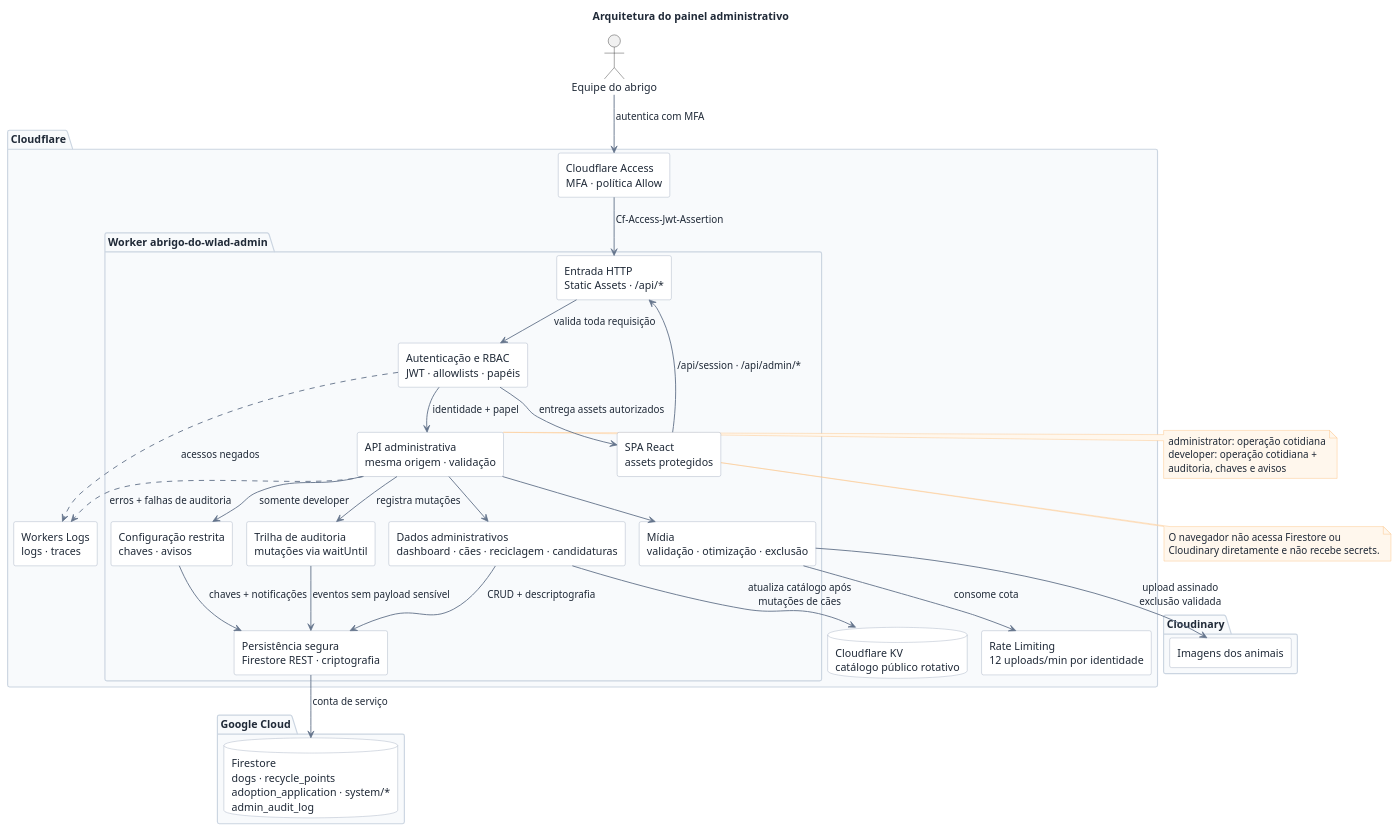
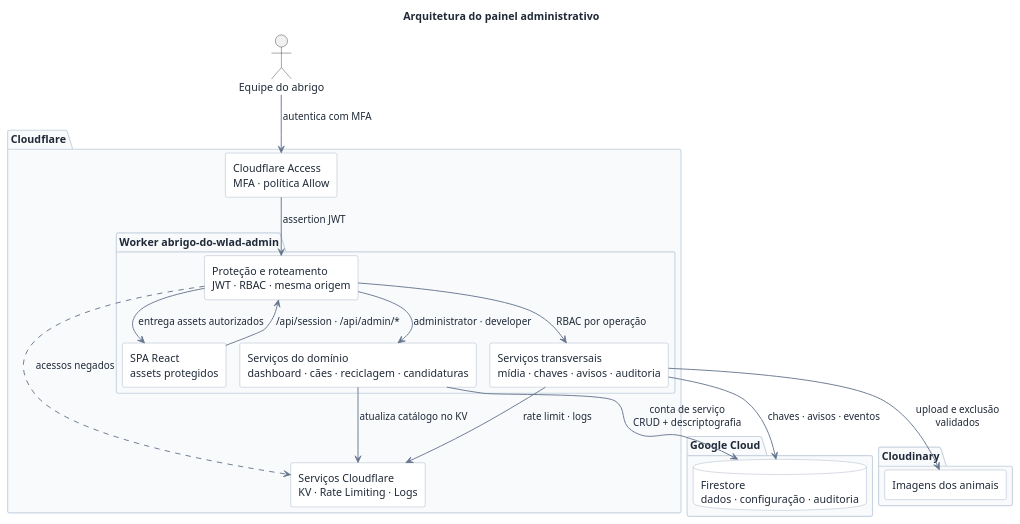
The diagram in docs/admin-architecture.puml (spantalho/abrigo-do-wlad), drawn with PlantUML before and after one commit. The commit also changed 9 other files, not shown here.

First line of the commit message:
Add diagram rendering checks and scripts

```diff
--- a/docs/admin-architecture.puml
+++ b/docs/admin-architecture.puml
@@ -1,86 +1,56 @@
 @startuml
 !pragma layout smetana
 title Arquitetura do painel administrativo
 
 skinparam backgroundColor #FFFFFF
 skinparam shadowing false
 skinparam componentStyle rectangle
 skinparam defaultFontName Arial
 skinparam defaultFontColor #1F2937
 skinparam ArrowColor #64748B
 skinparam ArrowThickness 1.2
 skinparam packageBorderColor #CBD5E1
 skinparam packageBackgroundColor #F8FAFC
 skinparam componentBorderColor #94A3B8
 skinparam componentBackgroundColor #FFFFFF
 skinparam databaseBorderColor #94A3B8
 skinparam databaseBackgroundColor #FFFFFF
-skinparam noteBorderColor #FDBA74
-skinparam noteBackgroundColor #FFF7ED
 
 actor "Equipe do abrigo" as staff
 
 package "Cloudflare" as cloudflare {
   component "Cloudflare Access\nMFA · política Allow" as access
 
   package "Worker abrigo-do-wlad-admin" as admin_worker {
-    component "Entrada HTTP\nStatic Assets · /api/*" as ingress
-    component "Autenticação e RBAC\nJWT · allowlists · papéis" as auth
+    component "Proteção e roteamento\nJWT · RBAC · mesma origem" as gateway
     component "SPA React\nassets protegidos" as spa
-    component "API administrativa\nmesma origem · validação" as api
-
-    component "Dados administrativos\ndashboard · cães · reciclagem · candidaturas" as data_service
-    component "Configuração restrita\nchaves · avisos" as developer_service
-    component "Mídia\nvalidação · otimização · exclusão" as media_service
-    component "Trilha de auditoria\nmutações via waitUntil" as audit_service
-    component "Persistência segura\nFirestore REST · criptografia" as persistence
+    component "Serviços do domínio\ndashboard · cães · reciclagem · candidaturas" as domain
+    component "Serviços transversais\nmídia · chaves · avisos · auditoria" as support
   }
 
-  component "Rate Limiting\n12 uploads/min por identidade" as upload_limit
-  database "Cloudflare KV\ncatálogo público rotativo" as kv
-  component "Workers Logs\nlogs · traces" as logs
+  component "Serviços Cloudflare\nKV · Rate Limiting · Logs" as platform
 }
 
 package "Google Cloud" as google {
-  database "Firestore\ndogs · recycle_points\nadoption_application · system/*\nadmin_audit_log" as firestore
+  database "Firestore\ndados · configuração · auditoria" as firestore
 }
 
 package "Cloudinary" as cloudinary {
   component "Imagens dos animais" as images
 }
 
 staff --> access : autentica com MFA
-access --> ingress : Cf-Access-Jwt-Assertion
-ingress --> auth : valida toda requisição
-auth --> spa : entrega assets autorizados
-spa --> ingress : /api/session · /api/admin/*
-auth --> api : identidade + papel
+access --> gateway : assertion JWT
+gateway --> spa : entrega assets autorizados
+spa --> gateway : /api/session · /api/admin/*
+gateway --> domain : administrator · developer
+gateway --> support : RBAC por operação
 
-api --> data_service
-api --> developer_service : somente developer
-api --> media_service
-api --> audit_service : registra mutações
-
-data_service --> persistence : CRUD + descriptografia
-developer_service --> persistence : chaves + notificações
-audit_service --> persistence : eventos sem payload sensível
-persistence --> firestore : conta de serviço
-media_service --> upload_limit : consome cota
-media_service --> images : upload assinado\nexclusão validada
-data_service --> kv : atualiza catálogo após\nmutações de cães
-
-auth ..> logs : acessos negados
-api ..> logs : erros + falhas de auditoria
-
-note right of api
-  administrator: operação cotidiana
-  developer: operação cotidiana +
-  auditoria, chaves e avisos
-end note
-
-note bottom of spa
-  O navegador não acessa Firestore ou
-  Cloudinary diretamente e não recebe secrets.
-end note
+domain --> firestore : conta de serviço\nCRUD + descriptografia
+support --> firestore : chaves · avisos · eventos
+support --> images : upload e exclusão\nvalidados
+domain --> platform : atualiza catálogo no KV
+support --> platform : rate limit · logs
+gateway ..> platform : acessos negados
 
 @enduml
```
